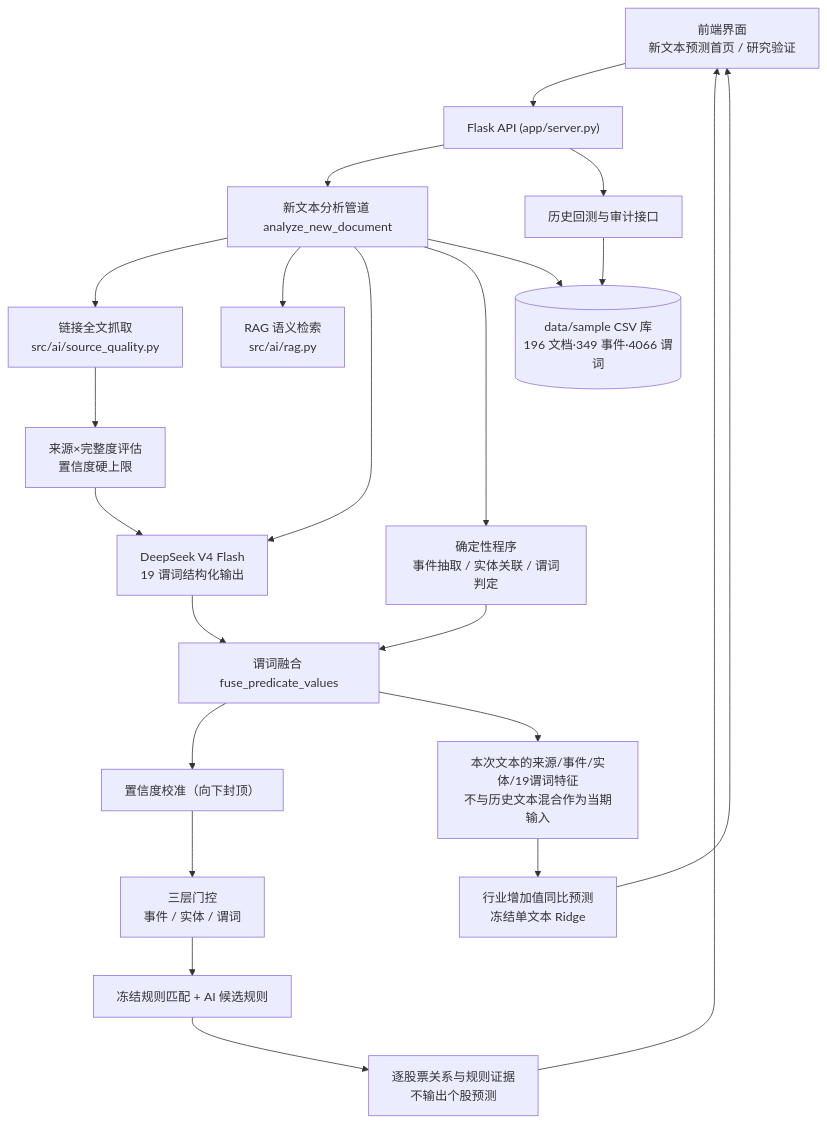
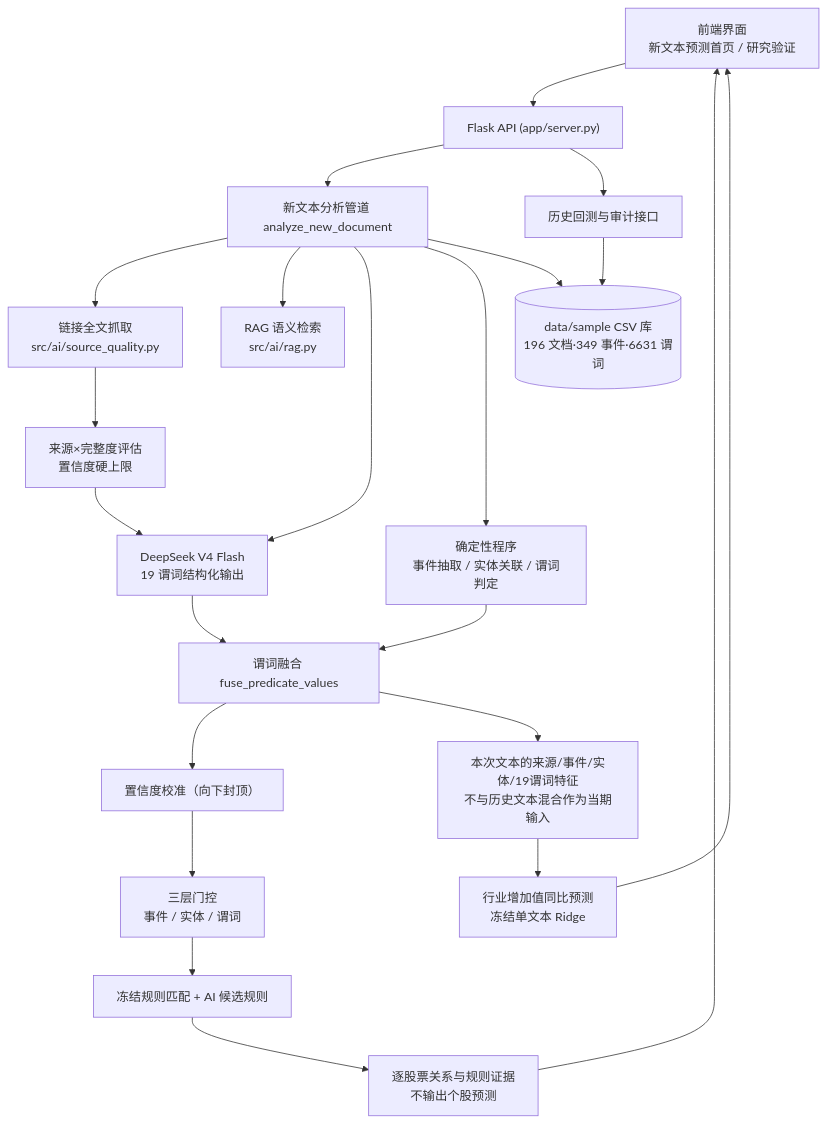
The diagram in README.md (chiiiiiiing/Gonghangbei), drawn with Mermaid before and after one commit. The commit also changed other lines of this file and 9 other files, not shown here.

````diff
--- a/README.md
+++ b/README.md
@@ -66,27 +67,27 @@
 ```mermaid
 flowchart TD
     UI["前端界面<br/>新文本预测首页 / 研究验证"] --> API["Flask API (app/server.py)"]
     API --> LIVE["新文本分析管道 analyze_new_document"]
     API --> HIST["历史回测与审计接口"]
 
     LIVE --> FETCH["链接全文抓取<br/>src/ai/source_quality.py"]
     LIVE --> RAG["RAG 语义检索<br/>src/ai/rag.py"]
     LIVE --> AI["DeepSeek V4 Flash<br/>19 谓词结构化输出"]
     LIVE --> DET["确定性程序<br/>事件抽取 / 实体关联 / 谓词判定"]
 
     FETCH --> QUALITY["来源×完整度评估<br/>置信度硬上限"]
     QUALITY --> AI
     AI --> FUSE["谓词融合 fuse_predicate_values"]
     DET --> FUSE
     FUSE --> CAL["置信度校准（向下封顶）"]
     CAL --> GATE["三层门控<br/>事件 / 实体 / 谓词"]
     GATE --> RULE["冻结规则匹配 + AI 候选规则"]
     RULE --> EVIDENCE["逐股票关系与规则证据<br/>不输出个股预测"]
     FUSE --> SINGLE["本次文本的来源/事件/实体/19谓词特征<br/>不与历史文本混合作为当期输入"]
     SINGLE --> PREDICT["行业增加值同比预测<br/>冻结单文本 Ridge"]
 
-    LIVE --> CSV[("data/sample CSV 库<br/>196 文档·349 事件·4066 谓词")]
+    LIVE --> CSV[("data/sample CSV 库<br/>196 文档·349 事件·6631 谓词")]
     HIST --> CSV
     EVIDENCE --> UI
     PREDICT --> UI
 ```
````
